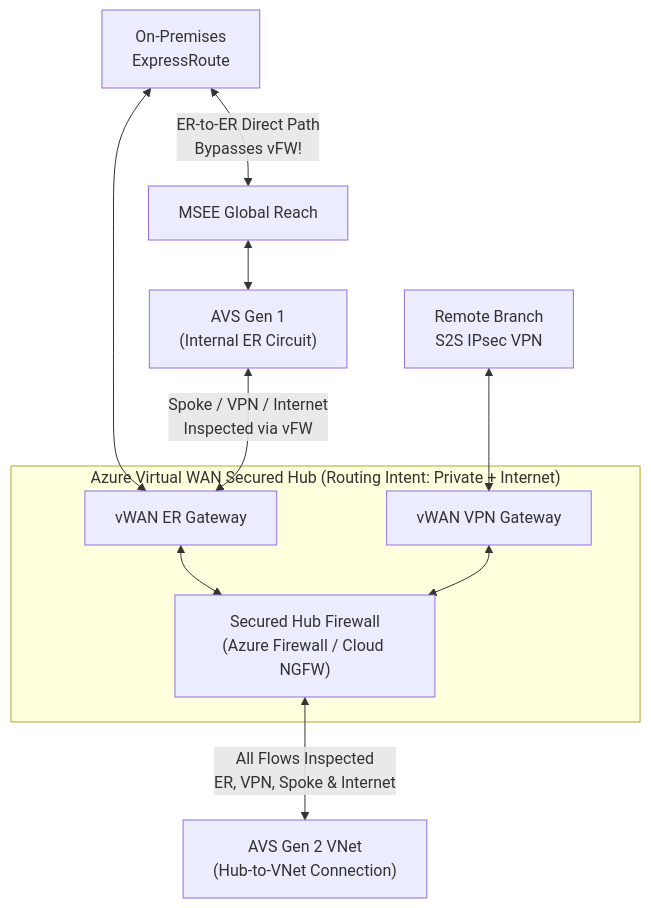
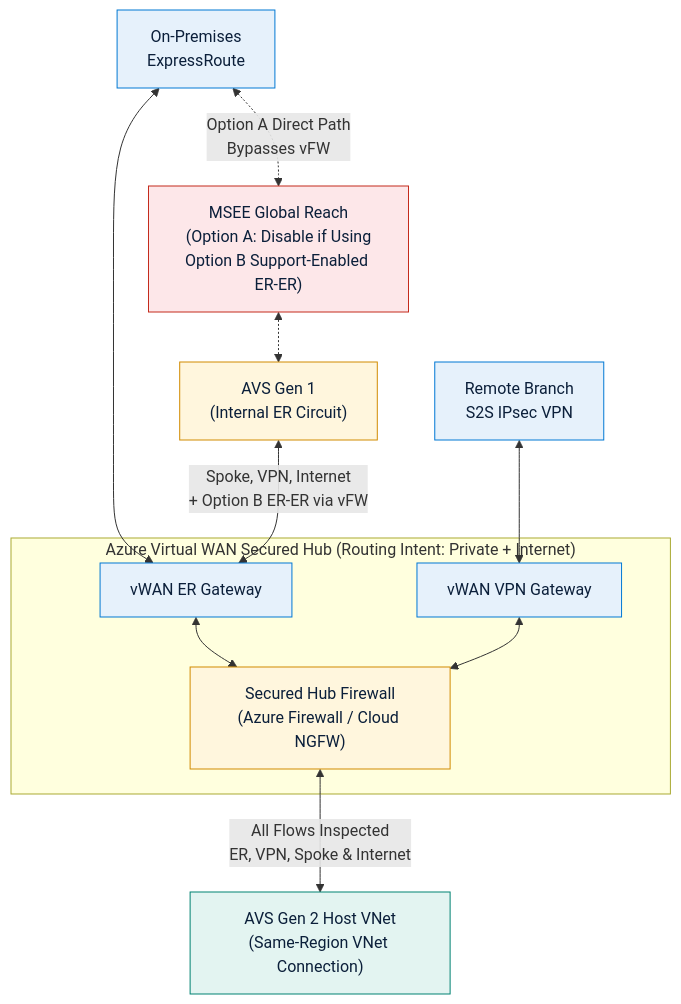
The third of 3 diagrams in src/content/docs/05-workload-networking/avs-networking.md (jonathan-vella/azure-networking), drawn with Mermaid before and after one commit. The commit also changed other lines of this file and 5 other files, not shown here.

Commit message:
docs(workloads): verify AKS, AVS Gen 1/2, Foundry & Fabric networking and add SVG diagrams

````diff
--- a/src/content/docs/05-workload-networking/avs-networking.md
+++ b/src/content/docs/05-workload-networking/avs-networking.md
@@ -164,24 +186,29 @@
 ```mermaid
 flowchart TB
-  OnPremER["On-Premises<br/>ExpressRoute"]
-  VPNBranch["Remote Branch<br/>S2S IPsec VPN"]
+  classDef hub fill:#E6F1FB,stroke:#0078D4,color:#0B1F3A
+  classDef gen2 fill:#E3F4F1,stroke:#008272,color:#0B1F3A
+  classDef sec fill:#FFF6DD,stroke:#D18B00,color:#0B1F3A
+  classDef alert fill:#FDE7E9,stroke:#C42B1C,color:#0B1F3A
+
+  OnPremER["On-Premises<br/>ExpressRoute"]:::hub
+  VPNBranch["Remote Branch<br/>S2S IPsec VPN"]:::hub
 
   subgraph vWANHub["Azure Virtual WAN Secured Hub (Routing Intent: Private + Internet)"]
-    vERG["vWAN ER Gateway"]
-    vVPNG["vWAN VPN Gateway"]
-    vFW["Secured Hub Firewall<br/>(Azure Firewall / Cloud NGFW)"]
+    vERG["vWAN ER Gateway"]:::hub
+    vVPNG["vWAN VPN Gateway"]:::hub
+    vFW["Secured Hub Firewall<br/>(Azure Firewall / Cloud NGFW)"]:::sec
   end
 
-  AVS1["AVS Gen 1<br/>(Internal ER Circuit)"]
-  AVS2["AVS Gen 2 VNet<br/>(Hub-to-VNet Connection)"]
-  MSEE["MSEE Global Reach"]
+  AVS1["AVS Gen 1<br/>(Internal ER Circuit)"]:::sec
+  AVS2["AVS Gen 2 Host VNet<br/>(Same-Region VNet Connection)"]:::gen2
+  MSEE["MSEE Global Reach<br/>(Option A: Disable if Using<br/>Option B Support-Enabled ER-ER)"]:::alert
 
   OnPremER <--> vERG
   VPNBranch <--> vVPNG
   vERG <--> vFW
   vVPNG <--> vFW
-  AVS1 <-->|Spoke / VPN / Internet<br/>Inspected via vFW| vERG
-  OnPremER <-->|ER-to-ER Direct Path<br/>Bypasses vFW!| MSEE
-  MSEE <--> AVS1
+  AVS1 <-->|Spoke, VPN, Internet<br/>+ Option B ER-ER via vFW| vERG
+  OnPremER <-.->|Option A Direct Path<br/>Bypasses vFW| MSEE
+  MSEE <-.-> AVS1
   vFW <-->|All Flows Inspected<br/>ER, VPN, Spoke & Internet| AVS2
 ```
````
